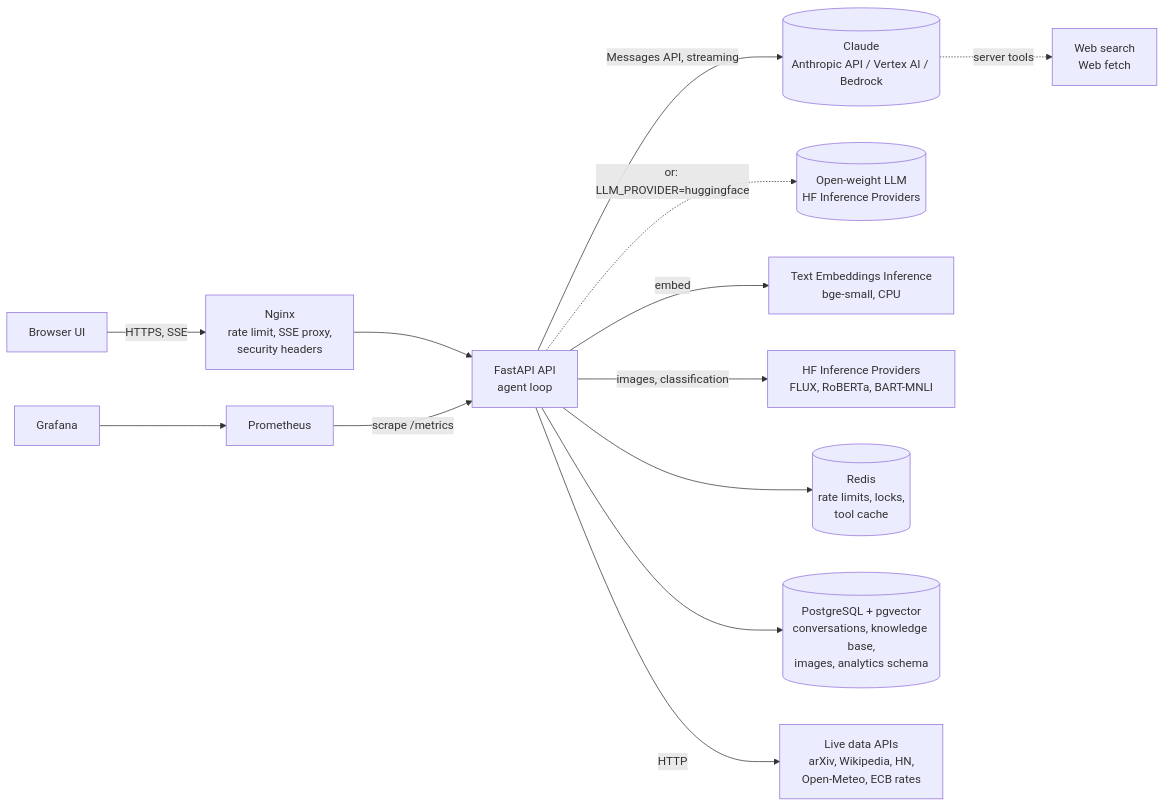
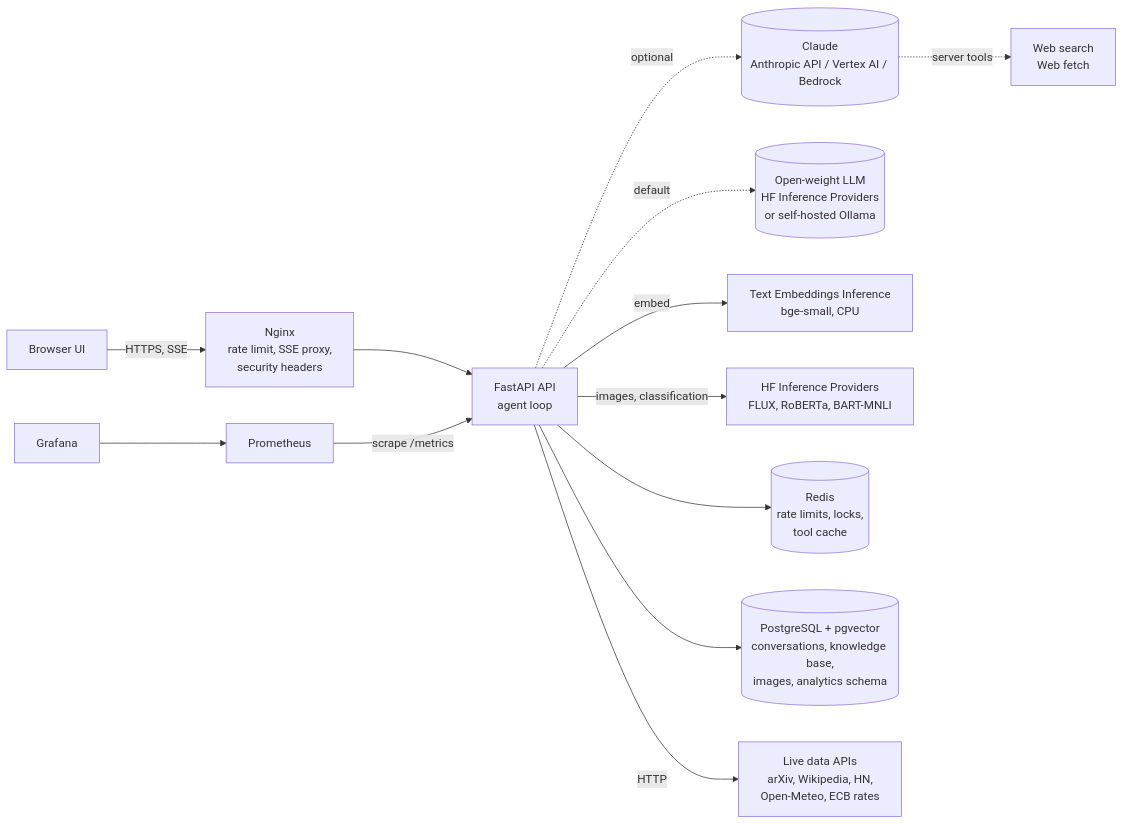
The first of 2 diagrams in docs/ARCHITECTURE.md (namratabhatia21/Agentic), drawn with Mermaid before and after one commit. The commit also changed other lines of this file and 12 other files, not shown here.

First line of the commit message:
Make open-source models the default

````diff
--- a/docs/ARCHITECTURE.md
+++ b/docs/ARCHITECTURE.md
@@ -10,15 +10,15 @@
 ```mermaid
 flowchart LR
     U[Browser UI] -->|HTTPS, SSE| N[Nginx<br/>rate limit, SSE proxy,<br/>security headers]
     N --> A[FastAPI API<br/>agent loop]
-    A -->|Messages API, streaming| C[(Claude<br/>Anthropic API / Vertex AI / Bedrock)]
-    A -.->|or: LLM_PROVIDER=huggingface| O[(Open-weight LLM<br/>HF Inference Providers)]
+    A -.->|optional| C[(Claude<br/>Anthropic API / Vertex AI / Bedrock)]
+    A -.->|default| O[(Open-weight LLM<br/>HF Inference Providers<br/>or self-hosted Ollama)]
     C -.->|server tools| W[Web search<br/>Web fetch]
     A -->|embed| E[Text Embeddings Inference<br/>bge-small, CPU]
     A -->|images, classification| HF[HF Inference Providers<br/>FLUX, RoBERTa, BART-MNLI]
     A --> R[(Redis<br/>rate limits, locks,<br/>tool cache)]
     A --> P[(PostgreSQL + pgvector<br/>conversations, knowledge base,<br/>images, analytics schema)]
     A -->|HTTP| X[Live data APIs<br/>arXiv, Wikipedia, HN,<br/>Open-Meteo, ECB rates]
     PR[Prometheus] -->|scrape /metrics| A
     G[Grafana] --> PR
 ```
````
